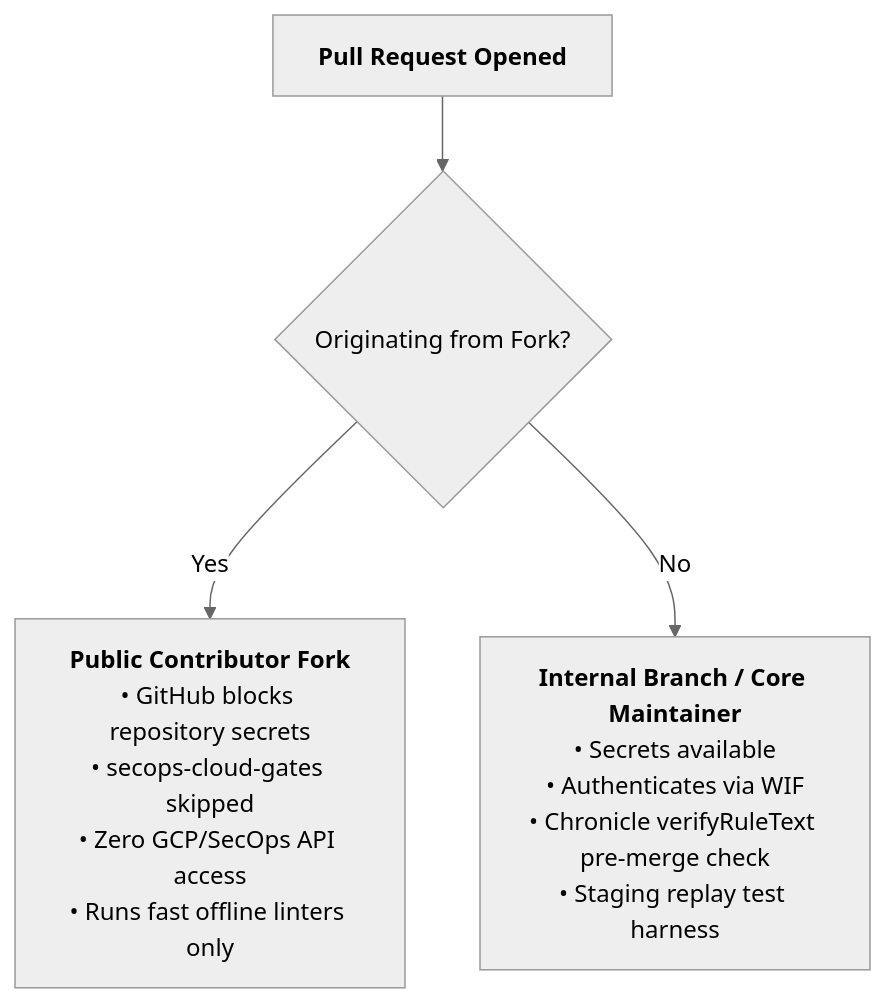
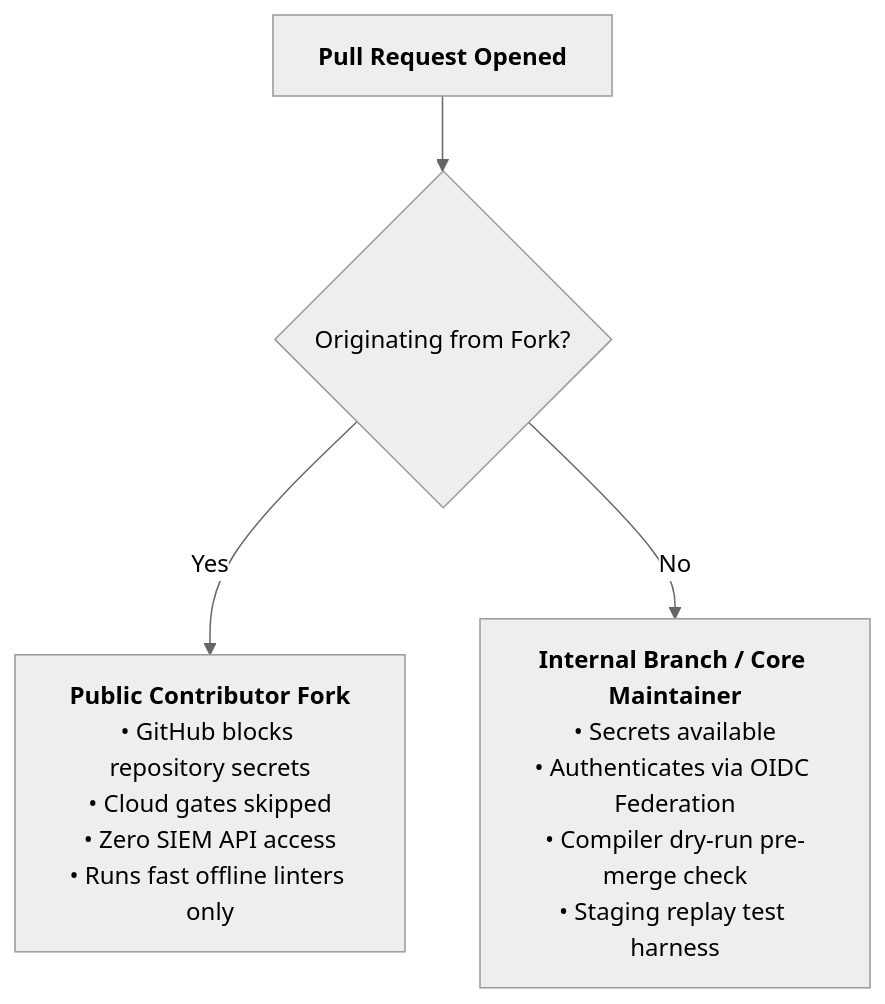
Before and after one commit to lopes/graft: the second of 3 diagrams in docs/operators/security.md, drawn with Mermaid (neutral theme). The commit also changed other lines of this file and 42 other files, not shown here.

````diff
--- a/docs/operators/security.md
+++ b/docs/operators/security.md
@@ -62,13 +62,13 @@
 ```mermaid
 flowchart TD
     PR["<b>Pull Request Opened</b>"]
     IS_FORK{"Originating from Fork?"}
     
-    FORK_FLOW["<b>Public Contributor Fork</b><br/>• GitHub blocks repository secrets<br/>• secops-cloud-gates skipped<br/>• Zero GCP/SecOps API access<br/>• Runs fast offline linters only"]
+    FORK_FLOW["<b>Public Contributor Fork</b><br/>• GitHub blocks repository secrets<br/>• Cloud gates skipped<br/>• Zero SIEM API access<br/>• Runs fast offline linters only"]
     
-    TRUSTED_FLOW["<b>Internal Branch / Core Maintainer</b><br/>• Secrets available<br/>• Authenticates via WIF<br/>• Chronicle verifyRuleText pre-merge check<br/>• Staging replay test harness"]
+    TRUSTED_FLOW["<b>Internal Branch / Core Maintainer</b><br/>• Secrets available<br/>• Authenticates via OIDC Federation<br/>• Compiler dry-run pre-merge check<br/>• Staging replay test harness"]
 
     PR --> IS_FORK
     IS_FORK -- Yes --> FORK_FLOW
     IS_FORK -- No --> TRUSTED_FLOW
 ```
````
